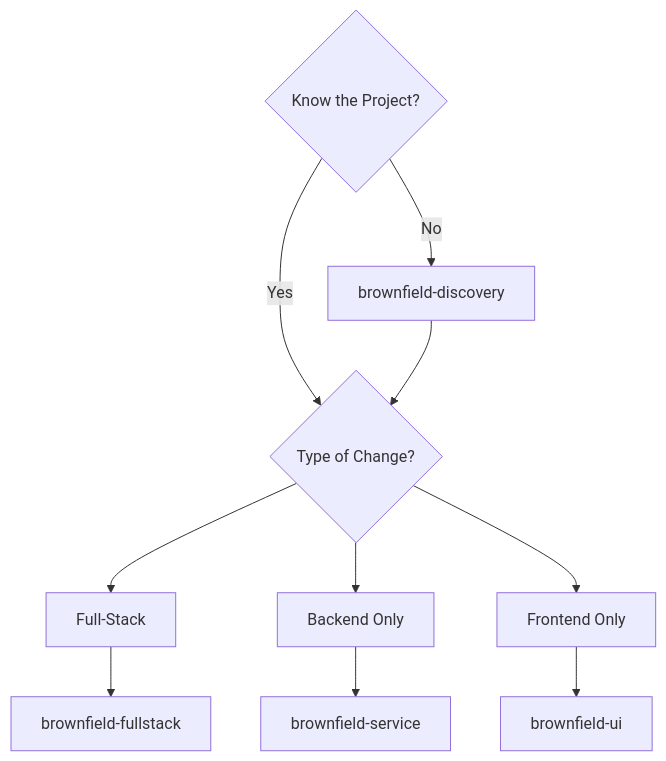
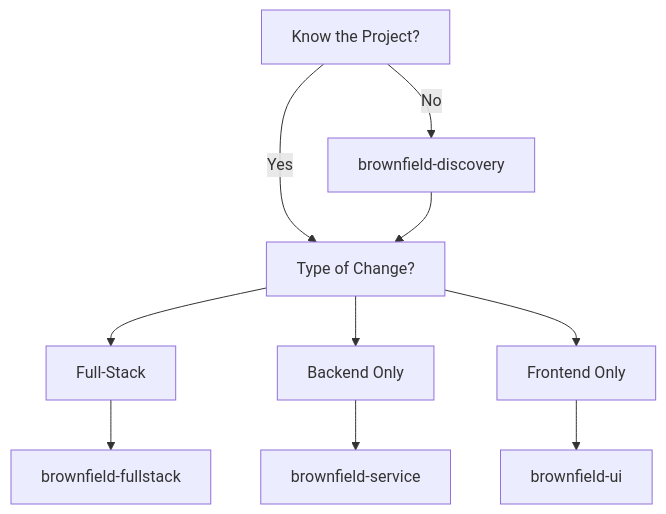
Before and after one commit to bychrisr/aios-docs: the third of 3 diagrams in content/en/docs/aios-workflows/README.mdx, drawn with Mermaid. The commit also changed other lines of this file and 40 other files, not shown here.

````diff
--- a/content/en/docs/aios-workflows/README.mdx
+++ b/content/en/docs/aios-workflows/README.mdx
@@ -176,15 +176,15 @@
 ```mermaid
 flowchart TD
-    A{Know the Project?} --> |No| B[brownfield-discovery]
-    A --> |Yes| C{Type of Change?}
+    A[Know the Project?] --> |No| B[brownfield-discovery]
+    A --> |Yes| C[Type of Change?]
 
     B --> C
 
     C --> D[Full-Stack]
     C --> E[Backend Only]
     C --> F[Frontend Only]
 
     D --> G[brownfield-fullstack]
     E --> H[brownfield-service]
     F --> I[brownfield-ui]
 ```
````
